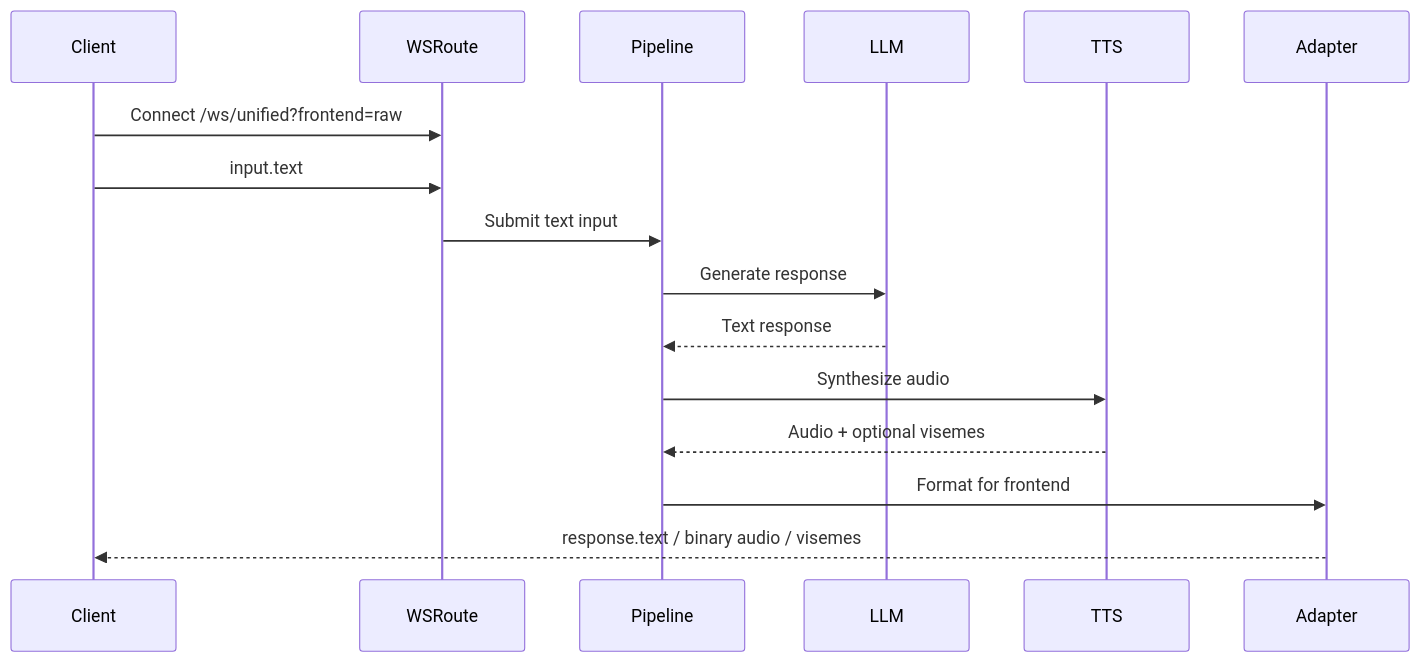
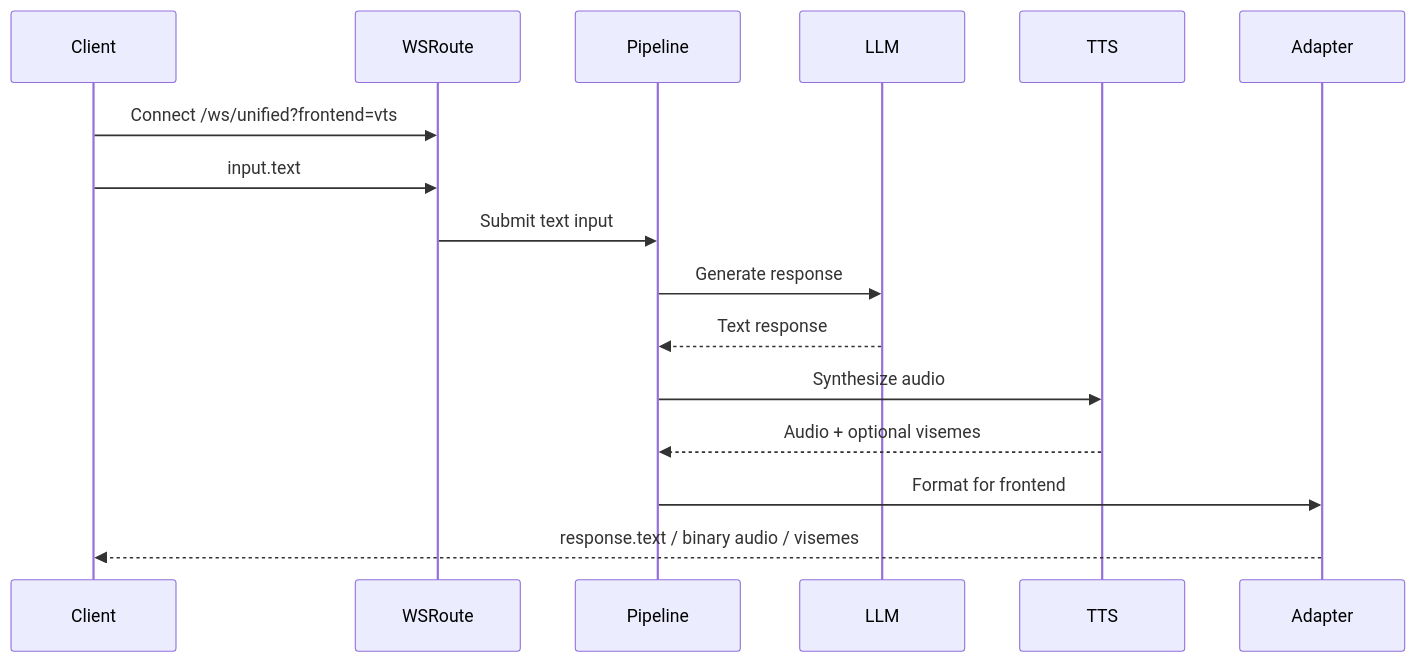
One commit to Jonathan0823/VoxaLive changed the second of 4 diagrams in docs/01_PRODUCT_SPEC.md. Above: the diagram before and after it, drawn with Mermaid. The commit also changed other lines of this file and 7 other files, not shown here.

First line of the commit message:
docs(mvp): align VTS-only scope and build flow

```diff
--- a/docs/01_PRODUCT_SPEC.md
+++ b/docs/01_PRODUCT_SPEC.md
@@ -51,19 +51,19 @@
 ~~~mermaid
 sequenceDiagram
     participant Client
     participant WSRoute
     participant Pipeline
     participant LLM
     participant TTS
     participant Adapter
 
-    Client->>WSRoute: Connect /ws/unified?frontend=raw
+    Client->>WSRoute: Connect /ws/unified?frontend=vts
     Client->>WSRoute: input.text
     WSRoute->>Pipeline: Submit text input
     Pipeline->>LLM: Generate response
     LLM-->>Pipeline: Text response
     Pipeline->>TTS: Synthesize audio
     TTS-->>Pipeline: Audio + optional visemes
     Pipeline->>Adapter: Format for frontend
     Adapter-->>Client: response.text / binary audio / visemes
 ~~~
```
